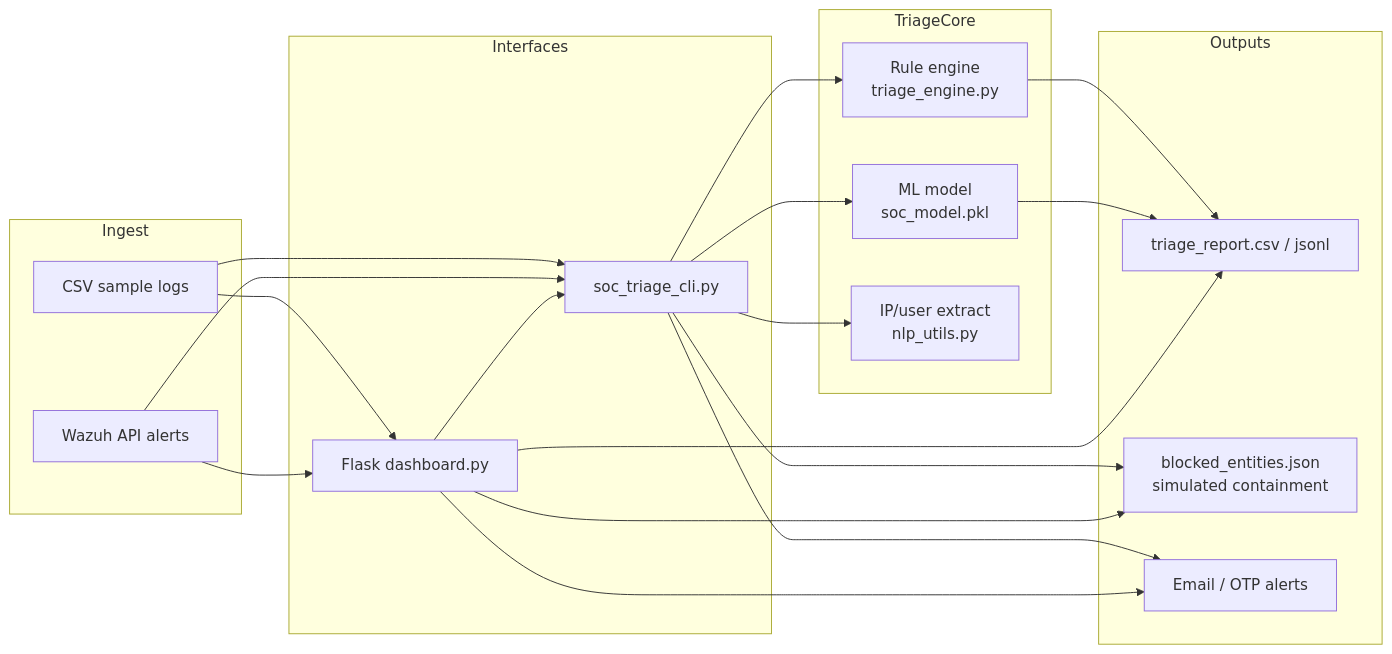
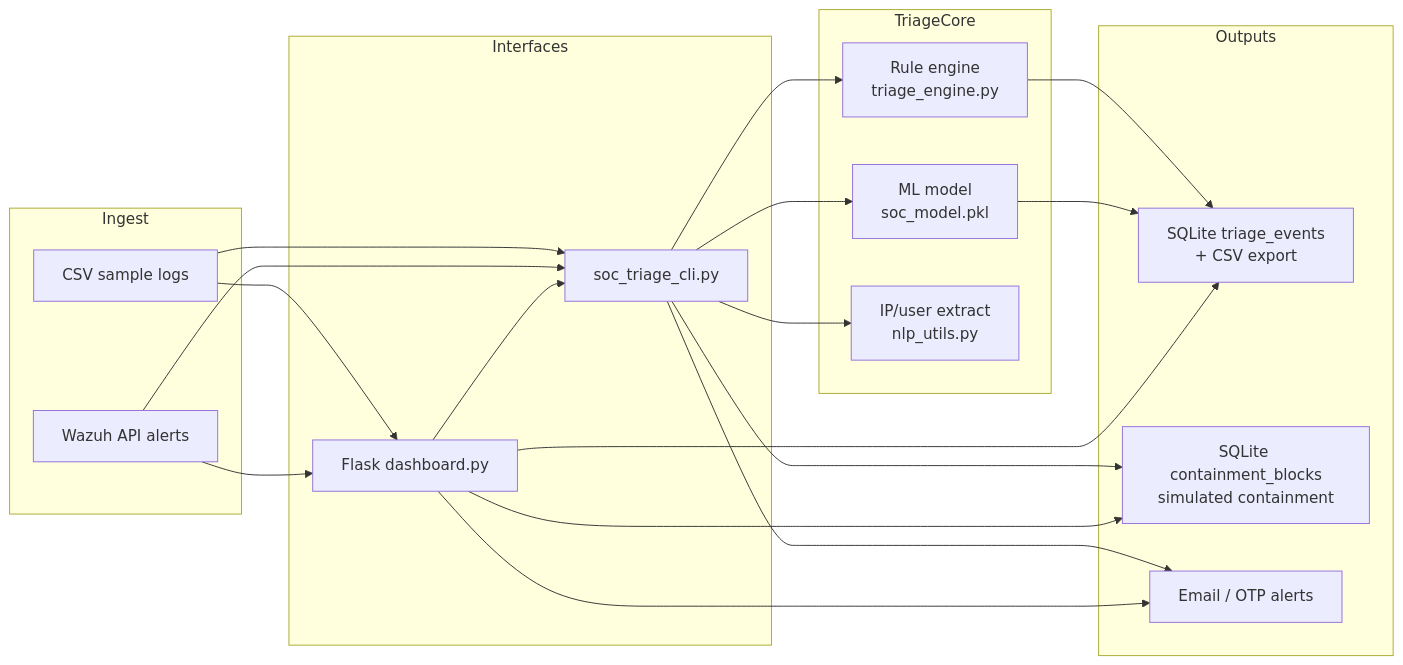
One commit to ataallan/soc-assistant changed the diagram in docs/ARCHITECTURE.md. Above: the diagram before and after it, drawn with Mermaid. The commit also changed other lines of this file and 10 other files, not shown here.

First line of the commit message:
Replace CSV/JSON runtime store with SQLite as source of truth

````diff
--- a/docs/ARCHITECTURE.md
+++ b/docs/ARCHITECTURE.md
@@ -14,40 +14,40 @@
 ```mermaid
 flowchart LR
   subgraph Ingest
     CSV[CSV sample logs]
     WZ[Wazuh API alerts]
   end
 
   subgraph TriageCore
     RULES[Rule engine<br/>triage_engine.py]
     ML[ML model<br/>soc_model.pkl]
     NLP[IP/user extract<br/>nlp_utils.py]
   end
 
   subgraph Interfaces
     CLI[soc_triage_cli.py]
     UI[Flask dashboard.py]
   end
 
   subgraph Outputs
-    RPT[triage_report.csv / jsonl]
-    BLK[blocked_entities.json<br/>simulated containment]
+    RPT[SQLite triage_events<br/>+ CSV export]
+    BLK[SQLite containment_blocks<br/>simulated containment]
     MAIL[Email / OTP alerts]
   end
 
   CSV --> CLI
   WZ --> CLI
   CSV --> UI
   WZ --> UI
   CLI --> RULES
   CLI --> ML
   CLI --> NLP
   UI --> CLI
   RULES --> RPT
   ML --> RPT
   CLI --> BLK
   CLI --> MAIL
   UI --> RPT
   UI --> BLK
   UI --> MAIL
 ```
````
